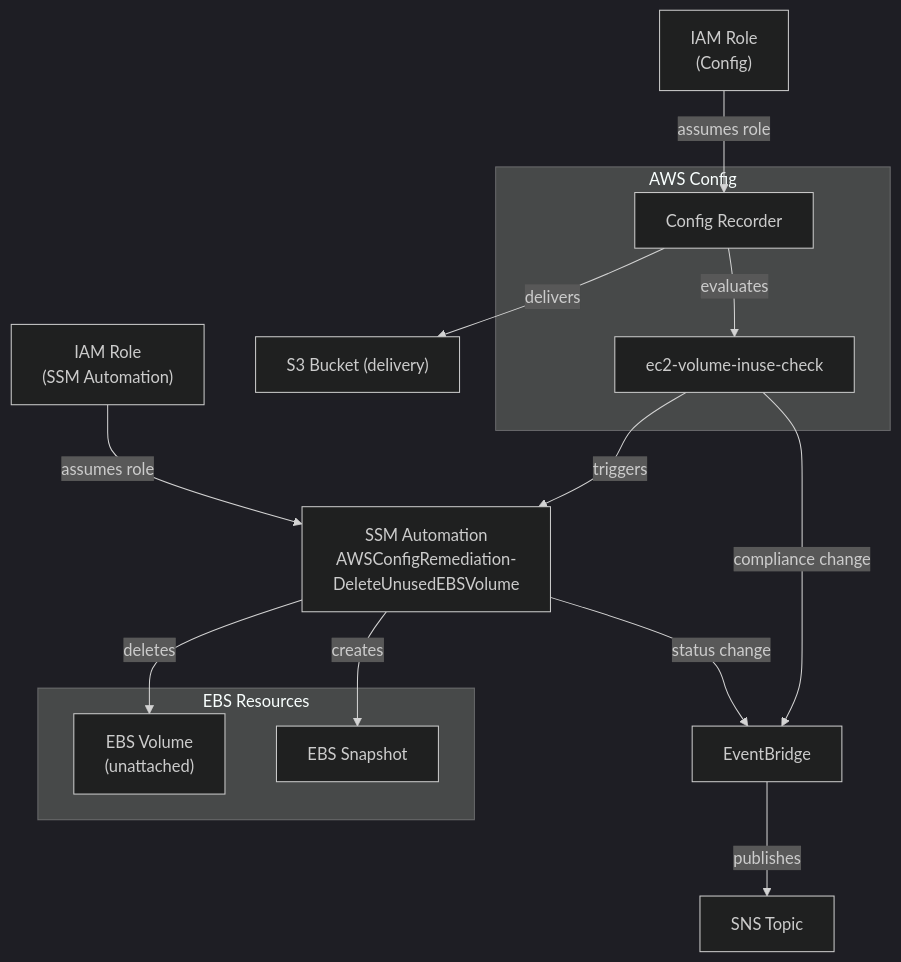
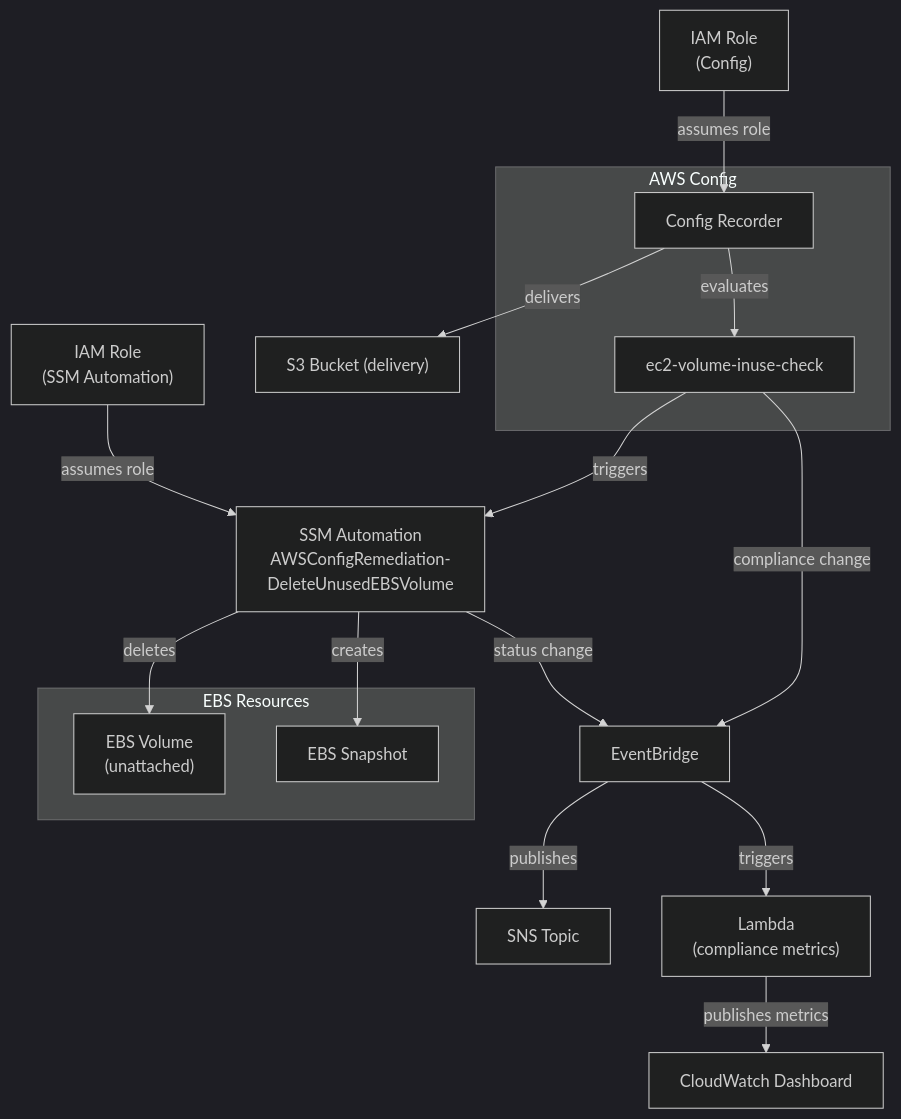
One commit to prasitstk/aws-security-hardening-labs changed the diagram in labs/04-ebs-volume-cleanup-with-config-remediation/README.md. Above: the diagram before and after it, drawn with Mermaid (dark theme). The commit also changed other lines of this file and 34 other files, not shown here.

````diff
--- a/labs/04-ebs-volume-cleanup-with-config-remediation/README.md
+++ b/labs/04-ebs-volume-cleanup-with-config-remediation/README.md
@@ -15,31 +15,35 @@
 ```mermaid
 flowchart TB
     subgraph Config["AWS Config"]
         Recorder["Config Recorder"]
         Rule["ec2-volume-inuse-check"]
     end
 
     S3["S3 Bucket (delivery)"]
     EB["EventBridge"]
     SNS["SNS Topic"]
+    MetricsLambda["Lambda<br/>(compliance metrics)"]
+    CW["CloudWatch Dashboard"]
     SSM["SSM Automation<br/>AWSConfigRemediation-<br/>DeleteUnusedEBSVolume"]
 
     subgraph EBS["EBS Resources"]
         Volume["EBS Volume<br/>(unattached)"]
         Snapshot["EBS Snapshot"]
     end
 
     IAM_Config["IAM Role<br/>(Config)"]
     IAM_SSM["IAM Role<br/>(SSM Automation)"]
 
     IAM_Config -->|assumes role| Recorder
     Recorder -->|delivers| S3
     Recorder -->|evaluates| Rule
     Rule -->|compliance change| EB
     EB -->|publishes| SNS
     Rule -->|triggers| SSM
     IAM_SSM -->|assumes role| SSM
     SSM -->|creates| Snapshot
     SSM -->|deletes| Volume
     SSM -->|status change| EB
+    EB -->|triggers| MetricsLambda
+    MetricsLambda -->|publishes metrics| CW
 ```
````
